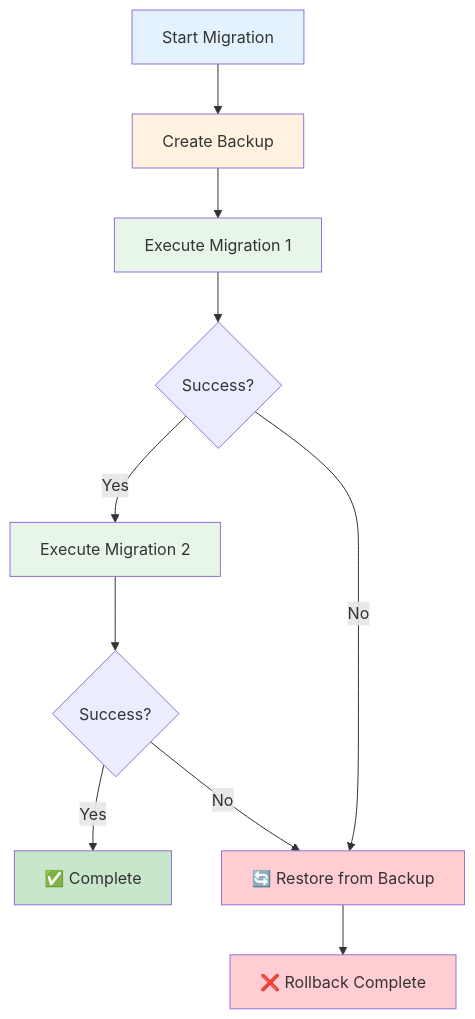
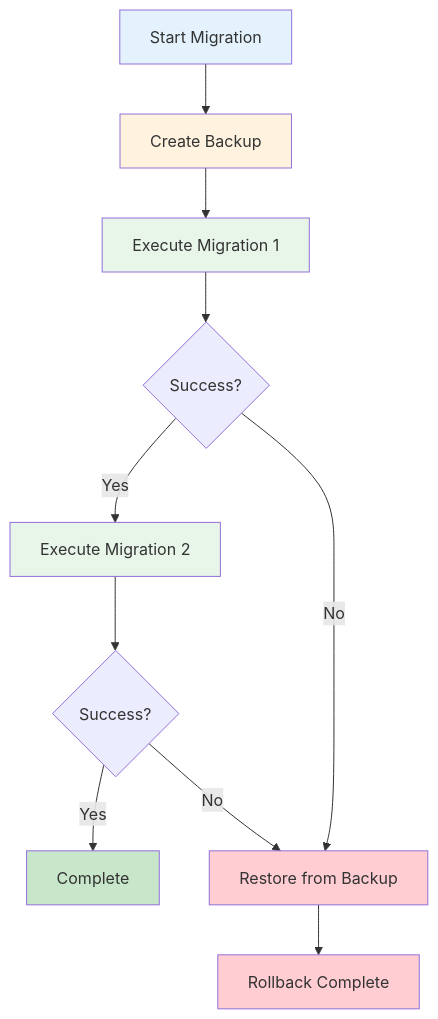
Before and after one commit to vlavrynovych/msr: the first of 3 diagrams in docs/configuration/rollback-settings.md, drawn with Mermaid. The commit also changed other lines of this file and 6 other files, not shown here.

First line of the commit message:
#64: Fix Mermaid diagram syntax for version 9.1.3 compatibility

````diff
--- a/docs/configuration/rollback-settings.md
+++ b/docs/configuration/rollback-settings.md
@@ -85,20 +85,20 @@
 ```mermaid
 graph TD
     A[Start Migration] --> B[Create Backup]
     B --> C[Execute Migration 1]
     C --> D{Success?}
     D -->|Yes| E[Execute Migration 2]
     E --> F{Success?}
-    F -->|Yes| G[✅ Complete]
-    F -->|No| H[🔄 Restore from Backup]
+    F -->|Yes| G[Complete]
+    F -->|No| H[Restore from Backup]
     D -->|No| H
-    H --> I[❌ Rollback Complete]
+    H --> I[Rollback Complete]
 
     style A fill:#e3f2fd
     style B fill:#fff3e0
     style C fill:#e8f5e9
     style E fill:#e8f5e9
     style G fill:#c8e6c9
     style H fill:#ffcdd2
     style I fill:#ffcdd2
 ```
````
